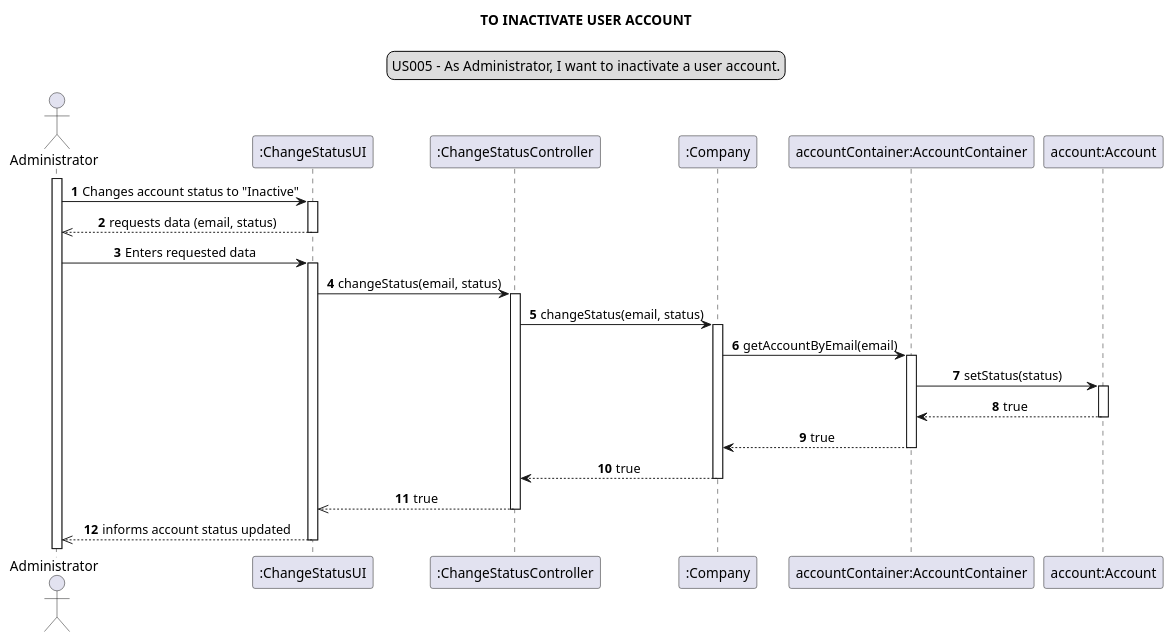
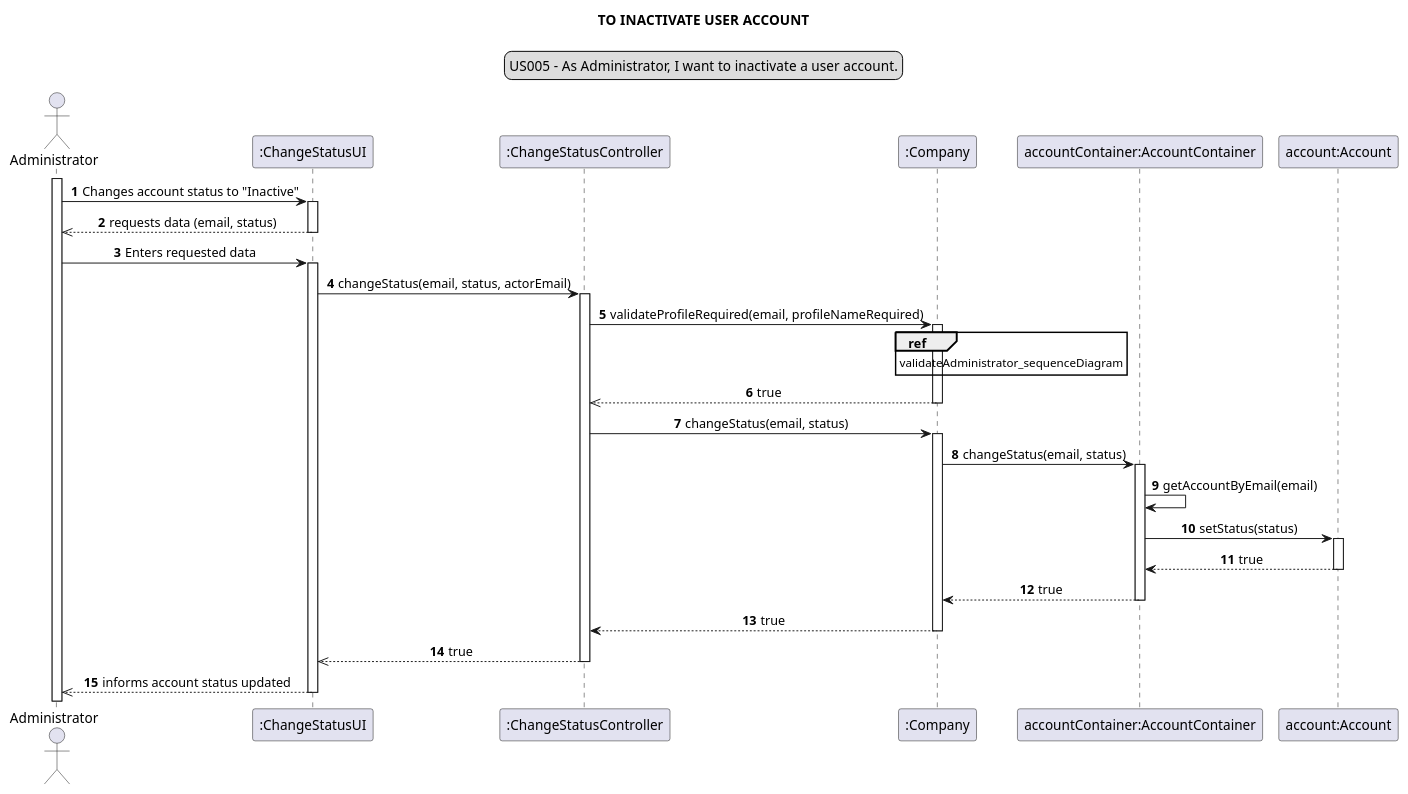
Before and after one commit to Loracline/project_switch_22-23: the diagram in docs/modelling_design/user_stories/sprint01/us005/US005_sequenceDiagram.puml, drawn with PlantUML. The commit also changed 1 other file, not shown here.

Commit message:
US005, US006: Design : refinement of Sequence Diagram

```diff
--- a/docs/modelling_design/user_stories/sprint01/us005/US005_sequenceDiagram.puml
+++ b/docs/modelling_design/user_stories/sprint01/us005/US005_sequenceDiagram.puml
@@ -1,41 +1,47 @@
 @startuml
 legend top
 US005 - As Administrator, I want to inactivate a user account.
 end legend
 skinparam sequenceMessageAlign center
 title TO INACTIVATE USER ACCOUNT
 autonumber
 actor "Administrator" as admin
 participant ":ChangeStatusUI" as ui
 participant ":ChangeStatusController" as controller
 participant ":Company" as company
 participant "accountContainer:AccountContainer" as container
 participant "account:Account" as account
 
 activate admin
 admin -> ui : Changes account status to "Inactive"
 activate ui
 ui -->> admin: requests data (email, status)
 deactivate ui
 admin -> ui: Enters requested data
 activate ui
-ui -> controller: changeStatus(email, status)
+ui -> controller: changeStatus(email, status, actorEmail)
 activate controller
+controller -> company: validateProfileRequired(email, profileNameRequired)
+activate company
+ref over company: validateAdministrator_sequenceDiagram
+company -->> controller: true
+deactivate company
 controller -> company: changeStatus(email, status)
 activate company
-company -> container: getAccountByEmail(email)
+company ->container: changeStatus(email, status)
 activate container
+container-> container: getAccountByEmail(email)
 container -> account: setStatus(status)
 activate account
 container <-- account: true
 deactivate account
 container --> company: true
 deactivate container
 company --> controller: true
 deactivate company
 controller -->> ui: true
 deactivate controller
 ui -->> admin: informs account status updated
 deactivate ui
 
 @enduml
```
